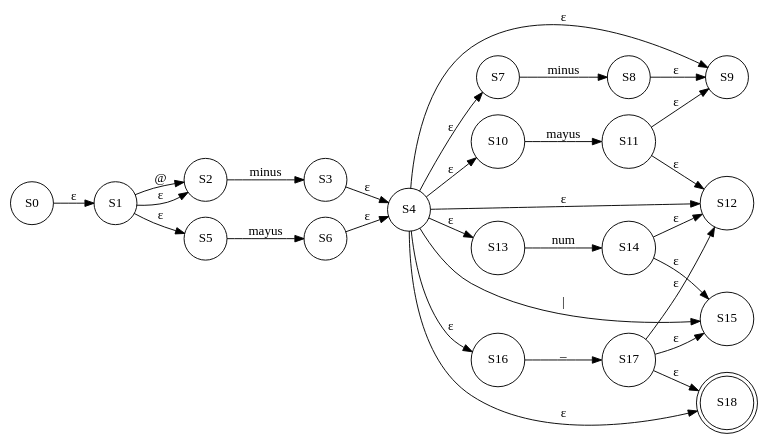
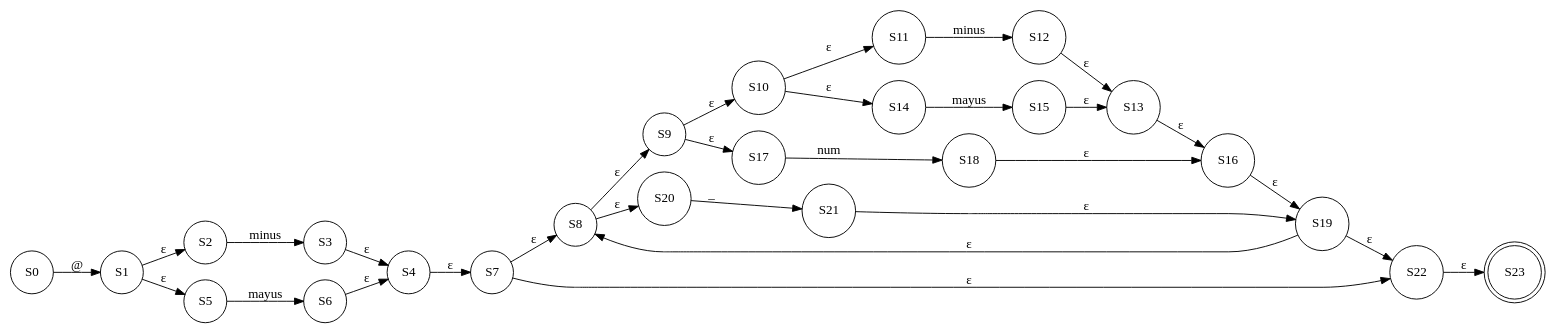
One commit to AaronGMG2000/-OLC1-Proyecto1 changed the diagram in [OLC1]201903872_Proyecto1/AFND_201903872/igusername.dot. Above: the diagram before and after it, drawn with Graphviz. The commit also changed 75 other files, not shown here.

```diff
--- a/[OLC1]201903872_Proyecto1/AFND_201903872/igusername.dot
+++ b/[OLC1]201903872_Proyecto1/AFND_201903872/igusername.dot
@@ -1,53 +1,59 @@
 digraph grafica{
 rankdir=LR;
 forcelabels= true;
 node [shape = circle];
 S0;
 S1;
 S2;
 S3;
 S4;
 S5;
 S6;
 S7;
 S8;
 S9;
 S10;
 S11;
 S12;
 S13;
 S14;
 S15;
 S16;
 S17;
-S18[shape = doublecircle];
-S0->S1[label="ε"]
+S18;
+S19;
+S20;
+S21;
+S22;
+S23[shape = doublecircle];
+S0->S1[label="@"]
 S1->S2[label="ε"]
 S1->S5[label="ε"]
 S2->S3[label="minus"]
 S3->S4[label="ε"]
 S5->S6[label="mayus"]
 S6->S4[label="ε"]
-S1->S2[label="@"]
 S4->S7[label="ε"]
-S4->S10[label="ε"]
-S7->S8[label="minus"]
+S10->S11[label="ε"]
+S10->S14[label="ε"]
+S11->S12[label="minus"]
+S12->S13[label="ε"]
+S14->S15[label="mayus"]
+S15->S13[label="ε"]
+S9->S10[label="ε"]
+S9->S17[label="ε"]
+S13->S16[label="ε"]
+S17->S18[label="num"]
+S18->S16[label="ε"]
 S8->S9[label="ε"]
-S10->S11[label="mayus"]
-S11->S9[label="ε"]
-S4->S13[label="ε"]
-S11->S12[label="ε"]
-S13->S14[label="num"]
-S14->S12[label="ε"]
-S4->S9[label="ε"]
-S4->S16[label="ε"]
-S14->S15[label="ε"]
-S16->S17[label="_"]
-S17->S15[label="ε"]
-S4->S12[label="ε"]
-S4->S18[label="ε"]
-S17->S18[label="ε"]
-S17->S12[label="ε"]
-S4->S15[label="|"]
+S8->S20[label="ε"]
+S16->S19[label="ε"]
+S20->S21[label="_"]
+S21->S19[label="ε"]
+S7->S8[label="ε"]
+S7->S22[label="ε"]
+S19->S22[label="ε"]
+S19->S8[label="ε"]
+S22->S23[label="ε"]
 
 }
```
